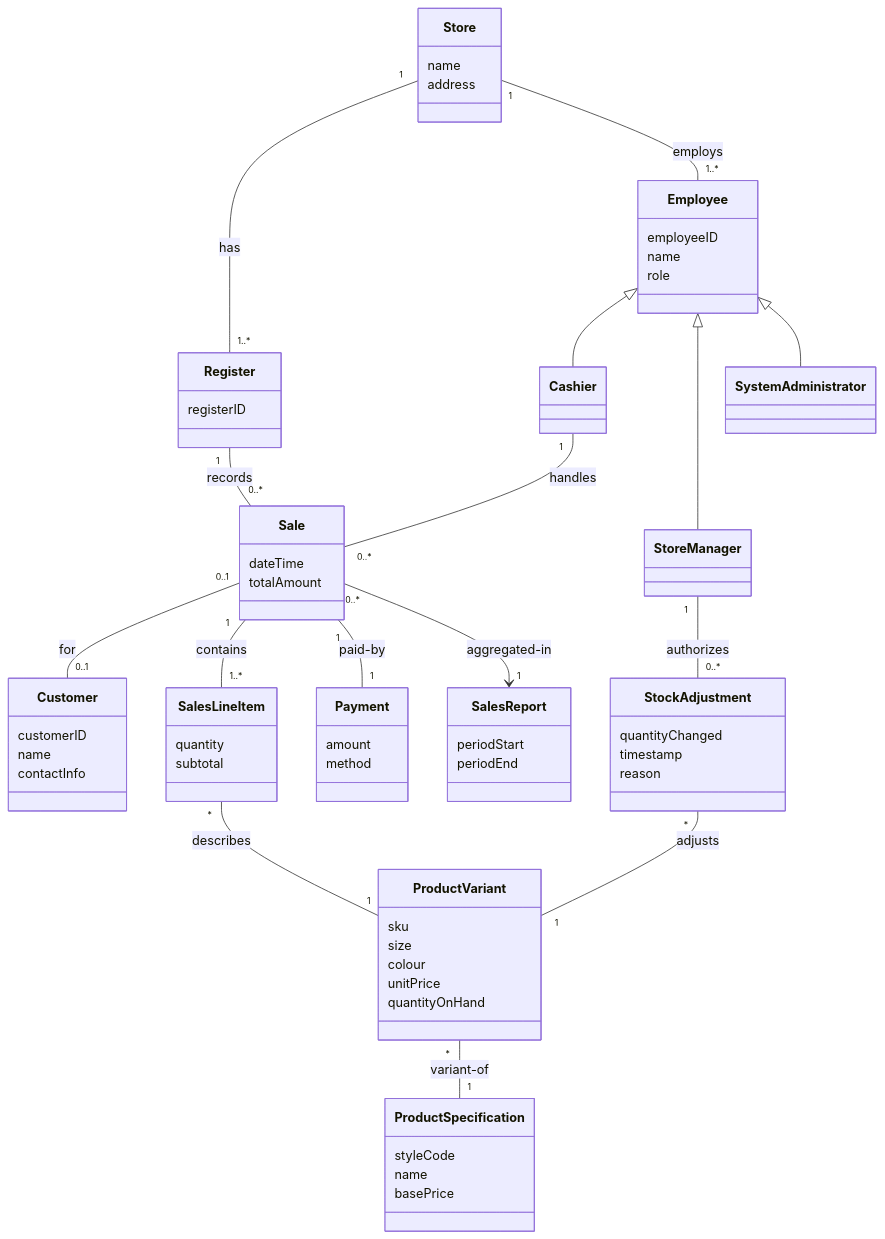
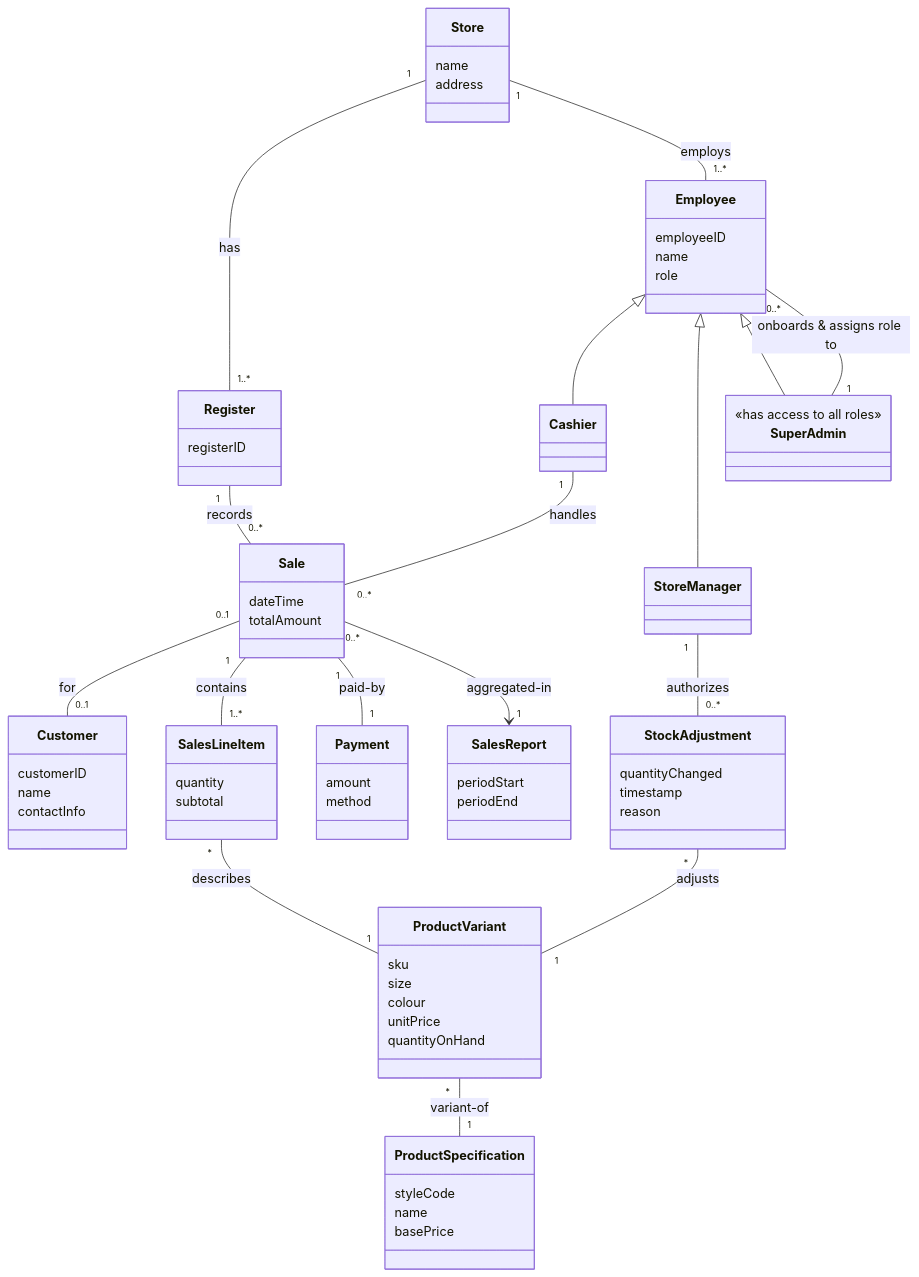
Before and after one commit to bwalya-star/POS-Retail-Clothing-Store: the diagram in docs/domain_model.md, drawn with Mermaid. The commit also changed other lines of this file and 23 other files, not shown here.

First line of the commit message:
Add Super Admin role with access to all roles

````diff
--- a/docs/domain_model.md
+++ b/docs/domain_model.md
@@ -9,73 +9,76 @@
 ```mermaid
 classDiagram
     class Store {
         name
         address
     }
     class Register {
         registerID
     }
     class Employee {
         employeeID
         name
         role
     }
     class Cashier
     class StoreManager
-    class SystemAdministrator
+    class SuperAdmin {
+        <<has access to all roles>>
+    }
     class Sale {
         dateTime
         totalAmount
     }
     class SalesLineItem {
         quantity
         subtotal
     }
     class ProductSpecification {
         styleCode
         name
         basePrice
     }
     class ProductVariant {
         sku
         size
         colour
         unitPrice
         quantityOnHand
     }
     class Payment {
         amount
         method
     }
     class Customer {
         customerID
         name
         contactInfo
     }
     class StockAdjustment {
         quantityChanged
         timestamp
         reason
     }
     class SalesReport {
         periodStart
         periodEnd
     }
 
     Employee <|-- Cashier
     Employee <|-- StoreManager
-    Employee <|-- SystemAdministrator
+    Employee <|-- SuperAdmin
 
     Store "1" -- "1..*" Register : has
     Store "1" -- "1..*" Employee : employs
     Register "1" -- "0..*" Sale : records
     Cashier "1" -- "0..*" Sale : handles
     Sale "0..1" -- "0..1" Customer : for
     Sale "1" -- "1..*" SalesLineItem : contains
     SalesLineItem "*" -- "1" ProductVariant : describes
     ProductVariant "*" -- "1" ProductSpecification : variant-of
     Sale "1" -- "1" Payment : paid-by
     StoreManager "1" -- "0..*" StockAdjustment : authorizes
     StockAdjustment "*" -- "1" ProductVariant : adjusts
     Sale "0..*" --> "1" SalesReport : aggregated-in
+    SuperAdmin "1" -- "0..*" Employee : onboards & assigns role to
 ```
````
